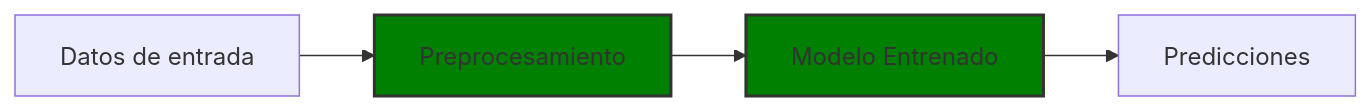
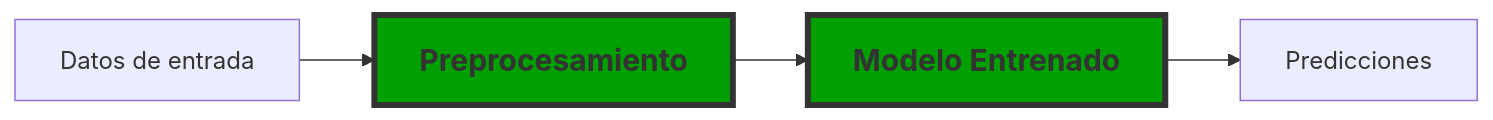
One commit to avidaldo/ia24 changed the first of 3 diagrams in sklearn/pipeline_definition.md. Above: the diagram before and after it, drawn with Mermaid. The commit also changed other lines of this file, not shown here.

````diff
--- a/sklearn/pipeline_definition.md
+++ b/sklearn/pipeline_definition.md
@@ -11,9 +11,9 @@
 ``` mermaid
 graph LR
     A[Datos de entrada] --> B[Preprocesamiento]
     B --> C[Modelo Entrenado]
     C --> D[Predicciones]
         
-    style B fill:#008000,stroke:#333,stroke-width:2px
-    style C fill:#008000,stroke:#333,stroke-width:2px
+    classDef pipeline fill:#00A000,stroke:#333,stroke-width:4px,font-size:20px,font-weight:bold;
+    class B,C pipeline;
 ```
````
